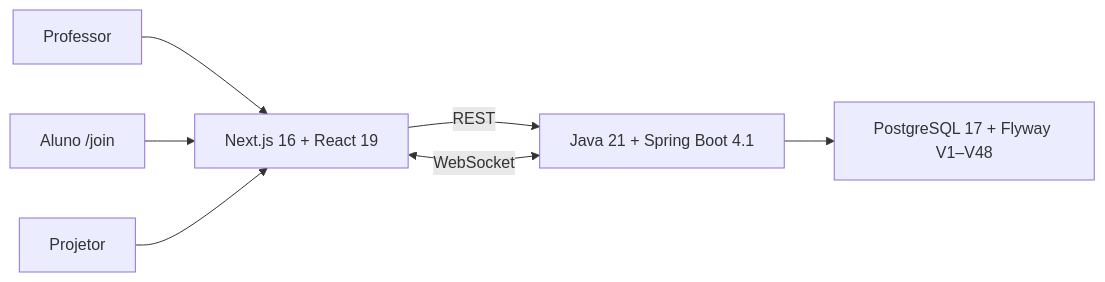
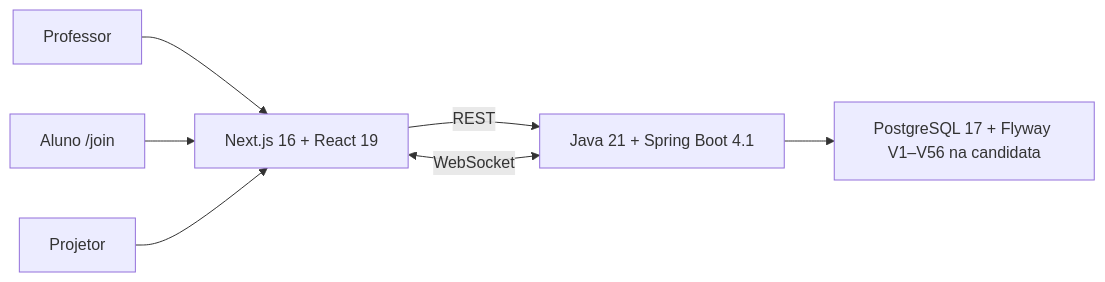
One commit to wesscosta/arena-dev changed the diagram in README.md. Above: the diagram before and after it, drawn with Mermaid. The commit also changed other lines of this file and 6 other files, not shown here.

````diff
--- a/README.md
+++ b/README.md
@@ -120,9 +120,9 @@
 ```mermaid
 flowchart LR
     T["Professor"] --> F["Next.js 16 + React 19"]
     S["Aluno /join"] --> F
     P["Projetor"] --> F
     F -->|"REST"| B["Java 21 + Spring Boot 4.1"]
     F <-->|"WebSocket"| B
-    B --> D["PostgreSQL 17 + Flyway V1–V48"]
+    B --> D["PostgreSQL 17 + Flyway V1–V56 na candidata"]
 ```
````
